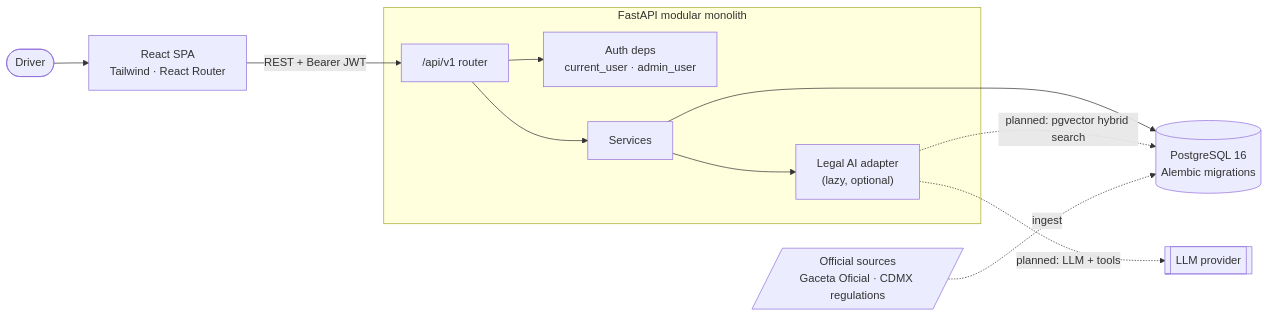
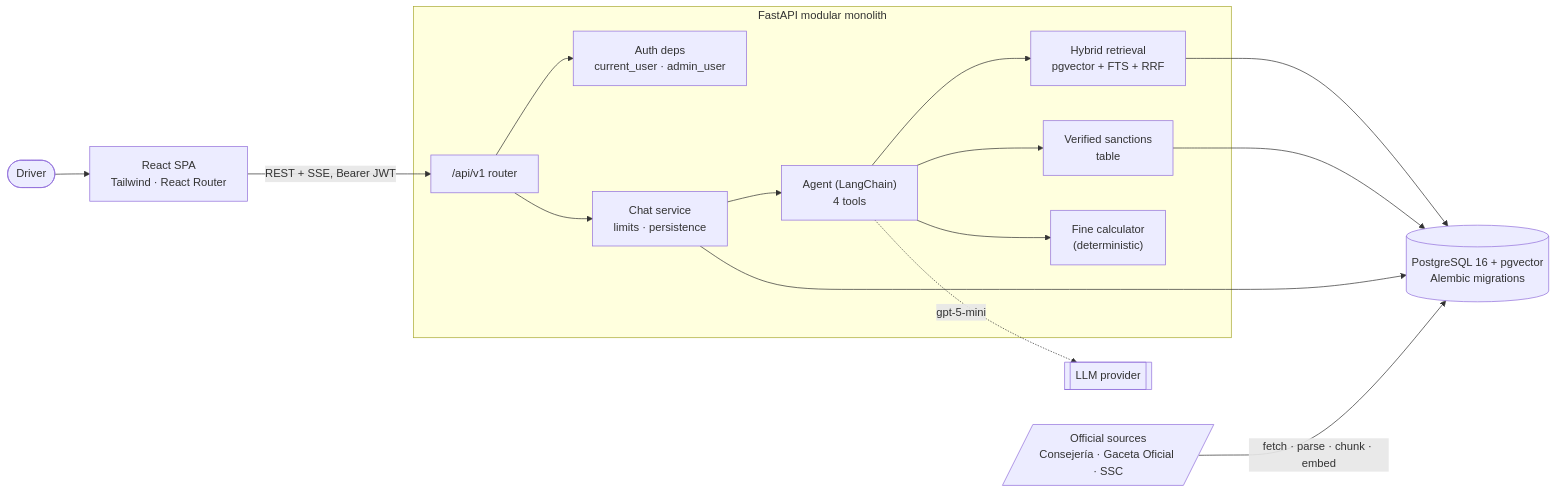
Before and after one commit to AlexisVences/avizum: the diagram in README.md, drawn with Mermaid. The commit also changed other lines of this file and 25 other files, not shown here.

````diff
--- a/README.md
+++ b/README.md
@@ -62,16 +59,20 @@
 ```mermaid
 flowchart LR
     U([Driver]) --> FE["React SPA<br/>Tailwind · React Router"]
-    FE -- "REST + Bearer JWT" --> API
+    FE -- "REST + SSE, Bearer JWT" --> API
 
     subgraph BE["FastAPI modular monolith"]
         API["/api/v1 router"] --> AUTH["Auth deps<br/>current_user · admin_user"]
-        API --> SVC["Services"]
-        SVC --> AI["Legal AI adapter<br/>(lazy, optional)"]
+        API --> CHAT["Chat service<br/>limits · persistence"]
+        CHAT --> AG["Agent (LangChain)<br/>4 tools"]
+        AG --> RET["Hybrid retrieval<br/>pgvector + FTS + RRF"]
+        AG --> SAN["Verified sanctions<br/>table"]
+        AG --> CALC["Fine calculator<br/>(deterministic)"]
     end
 
-    SVC --> DB[("PostgreSQL 16<br/>Alembic migrations")]
-    AI -. "planned: pgvector hybrid search" .-> DB
-    AI -. "planned: LLM + tools" .-> LLM[["LLM provider"]]
-    SRC[/"Official sources<br/>Gaceta Oficial · CDMX regulations"/] -. "ingest" .-> DB
+    RET --> DB[("PostgreSQL 16 + pgvector<br/>Alembic migrations")]
+    SAN --> DB
+    CHAT --> DB
+    AG -. "gpt-5-mini" .-> LLM[["LLM provider"]]
+    SRC[/"Official sources<br/>Consejería · Gaceta Oficial · SSC"/] -- "fetch · parse · chunk · embed" --> DB
 ```
````
